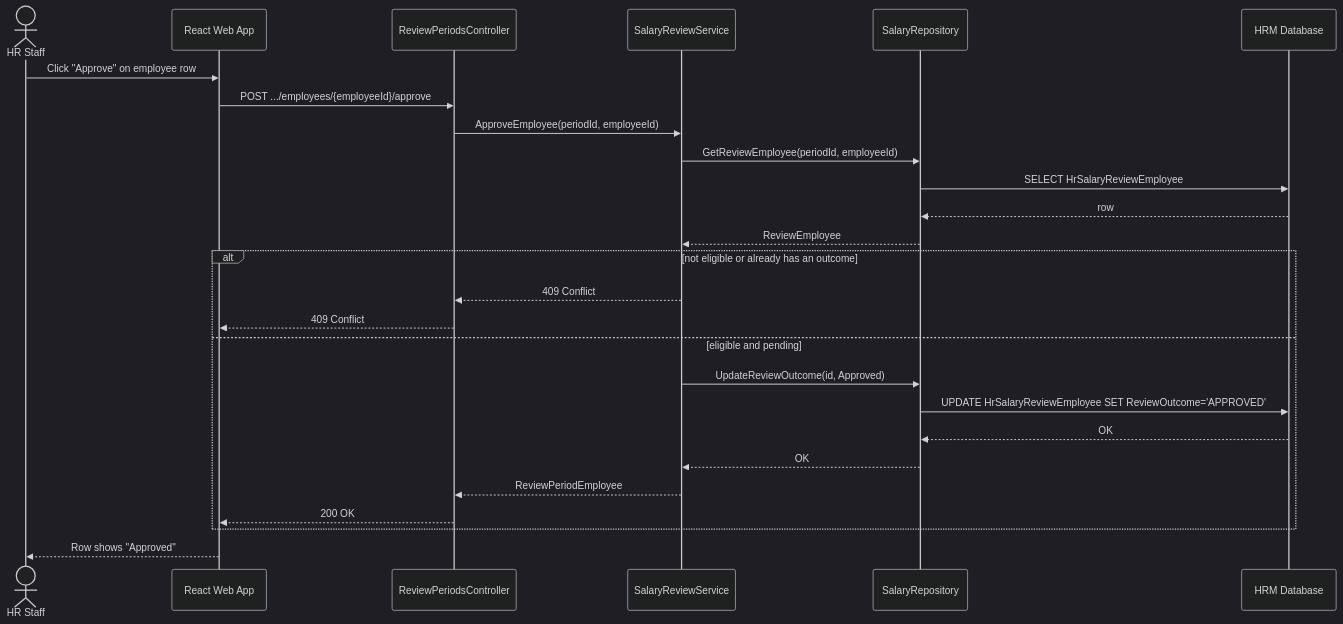
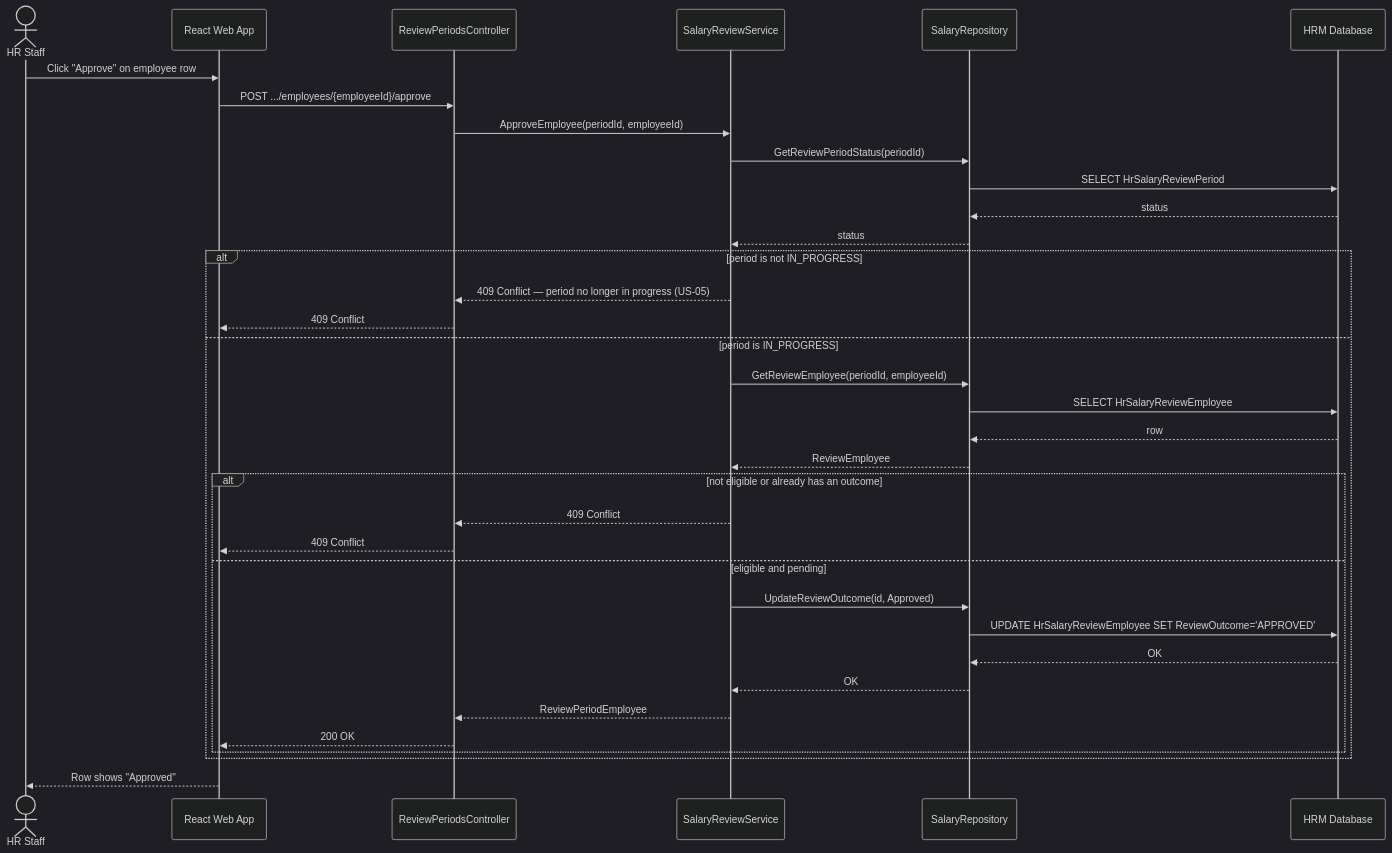
Before and after one commit to sang2197/QuanLyNhanSu-NguyenVanSang: the first of 7 diagrams in Docs/DetailedDesign/SequenceDiagrams.md, drawn with Mermaid (dark theme). The commit also changed other lines of this file and 9 other files, not shown here.

First line of the commit message:
Bổ sung US-10/US-11 (Cancel Decision/Cancel Review Period), sửa gap Decision-Period

````diff
--- a/Docs/DetailedDesign/SequenceDiagrams.md
+++ b/Docs/DetailedDesign/SequenceDiagrams.md
@@ -9,29 +11,38 @@
 ```mermaid
 sequenceDiagram
     actor HR as HR Staff
     participant FE as React Web App
     participant API as ReviewPeriodsController
     participant SVC as SalaryReviewService
     participant REPO as SalaryRepository
     participant DB as HRM Database
 
     HR->>FE: Click "Approve" on employee row
     FE->>API: POST .../employees/{employeeId}/approve
     API->>SVC: ApproveEmployee(periodId, employeeId)
-    SVC->>REPO: GetReviewEmployee(periodId, employeeId)
-    REPO->>DB: SELECT HrSalaryReviewEmployee
-    DB-->>REPO: row
-    REPO-->>SVC: ReviewEmployee
-    alt not eligible or already has an outcome
-        SVC-->>API: 409 Conflict
+    SVC->>REPO: GetReviewPeriodStatus(periodId)
+    REPO->>DB: SELECT HrSalaryReviewPeriod
+    DB-->>REPO: status
+    REPO-->>SVC: status
+    alt period is not IN_PROGRESS
+        SVC-->>API: 409 Conflict — period no longer in progress (US-05)
         API-->>FE: 409 Conflict
-    else eligible and pending
-        SVC->>REPO: UpdateReviewOutcome(id, Approved)
-        REPO->>DB: UPDATE HrSalaryReviewEmployee SET ReviewOutcome='APPROVED'
-        DB-->>REPO: OK
-        REPO-->>SVC: OK
-        SVC-->>API: ReviewPeriodEmployee
-        API-->>FE: 200 OK
+    else period is IN_PROGRESS
+        SVC->>REPO: GetReviewEmployee(periodId, employeeId)
+        REPO->>DB: SELECT HrSalaryReviewEmployee
+        DB-->>REPO: row
+        REPO-->>SVC: ReviewEmployee
+        alt not eligible or already has an outcome
+            SVC-->>API: 409 Conflict
+            API-->>FE: 409 Conflict
+        else eligible and pending
+            SVC->>REPO: UpdateReviewOutcome(id, Approved)
+            REPO->>DB: UPDATE HrSalaryReviewEmployee SET ReviewOutcome='APPROVED'
+            DB-->>REPO: OK
+            REPO-->>SVC: OK
+            SVC-->>API: ReviewPeriodEmployee
+            API-->>FE: 200 OK
+        end
     end
     FE-->>HR: Row shows "Approved"
 ```
````
